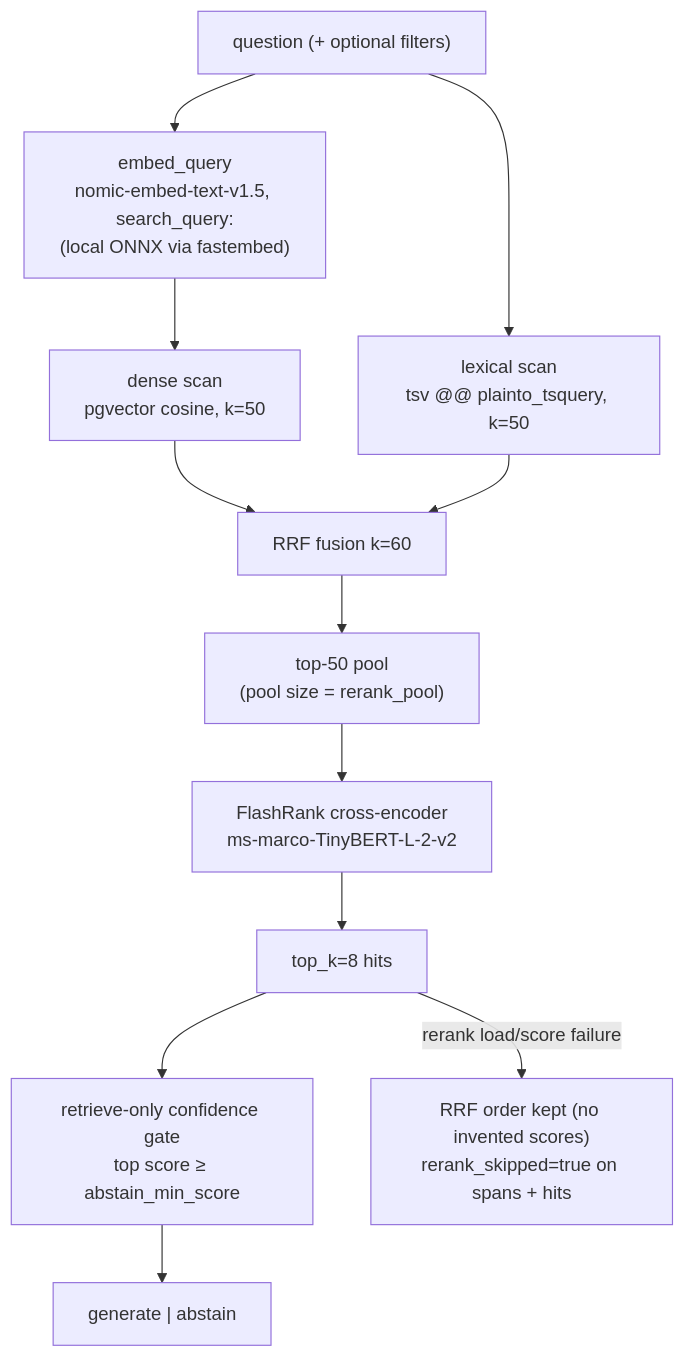
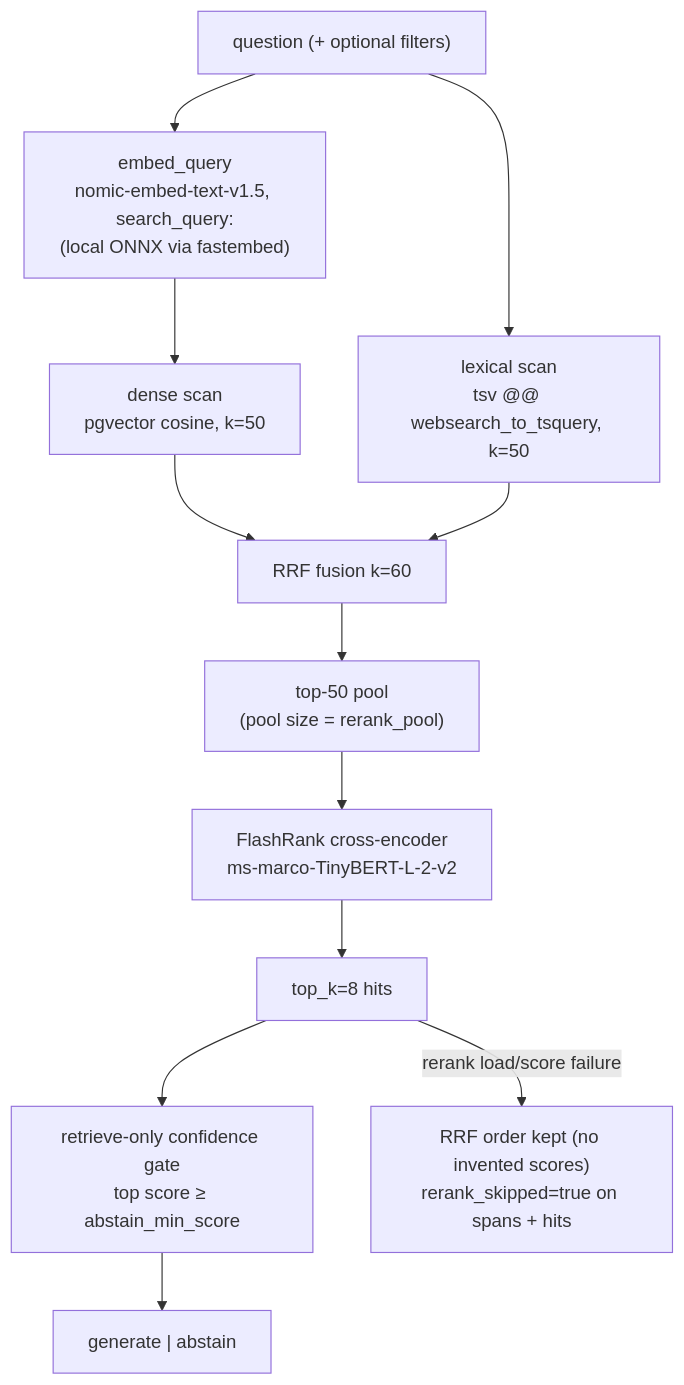
Before and after one commit to MohamedBenTaher/citibench: the diagram in docs/RETRIEVAL-EVALS.md, drawn with Mermaid. The commit also changed other lines of this file and 5 other files, not shown here.

````diff
--- a/docs/RETRIEVAL-EVALS.md
+++ b/docs/RETRIEVAL-EVALS.md
@@ -27,14 +27,14 @@
 ```mermaid
 flowchart TD
     q["question (+ optional filters)"] --> emb["embed_query<br/>nomic-embed-text-v1.5, search_query:<br/>(local ONNX via fastembed)"]
     emb --> dense["dense scan<br/>pgvector cosine, k=50"]
-    q --> fts["lexical scan<br/>tsv @@ plainto_tsquery, k=50"]
+    q --> fts["lexical scan<br/>tsv @@ websearch_to_tsquery, k=50"]
     dense --> fuse["RRF fusion k=60"]
     fts --> fuse
     fuse --> pool["top-50 pool<br/>(pool size = rerank_pool)"]
     pool --> rerank["FlashRank cross-encoder<br/>ms-marco-TinyBERT-L-2-v2"]
     rerank --> top8["top_k=8 hits"]
     top8 --> gate["retrieve-only confidence gate<br/>top score ≥ abstain_min_score"]
     gate --> genpath["generate | abstain"]
     top8 -- "rerank load/score failure" --> rrf_order["RRF order kept (no invented scores)<br/>rerank_skipped=true on spans + hits"]
 ```
````
